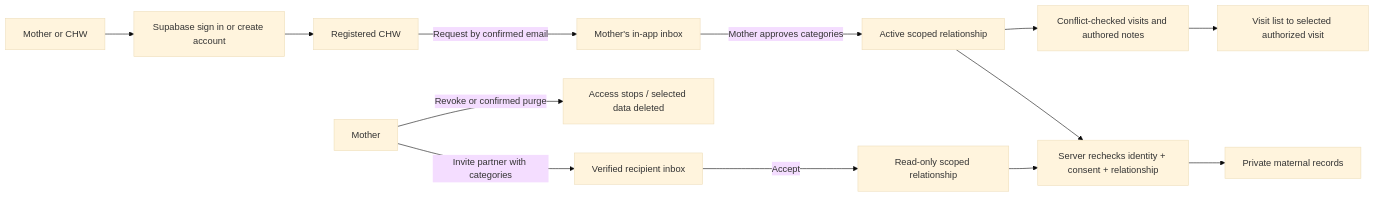
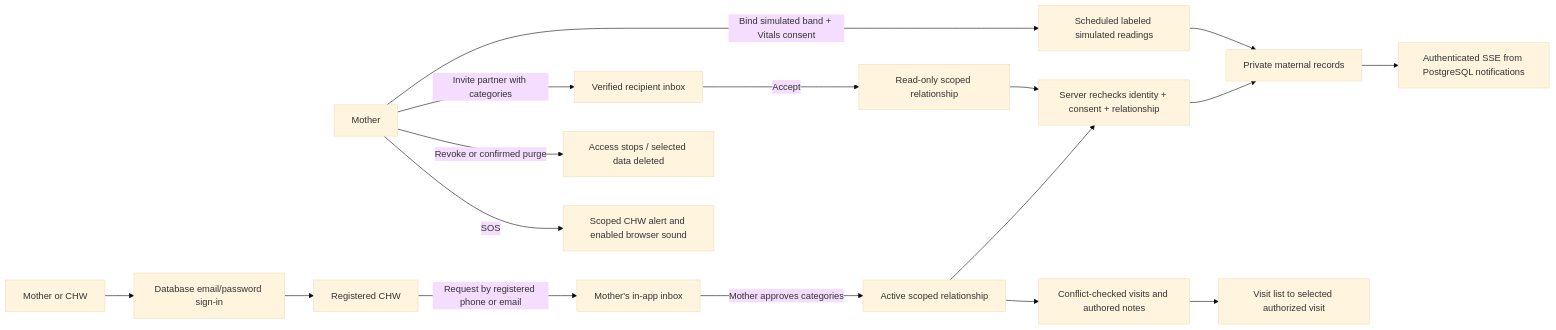
One commit to imranshiundu/afyanine changed the diagram in docs/care-team.md. Above: the diagram before and after it, drawn with Mermaid (base theme). The commit also changed other lines of this file and 31 other files, not shown here.

First line of the commit message:
feat: connect password accounts with live care alerts and bound-band simulation

````diff
--- a/docs/care-team.md
+++ b/docs/care-team.md
@@ -87,15 +92,19 @@
 ```mermaid
 flowchart LR
-  Entry[Mother or CHW] --> Auth[Supabase sign in or create account]
+  Entry[Mother or CHW] --> Auth[Database email/password sign-in]
   Auth --> CHW[Registered CHW]
-  CHW -->|Request by confirmed email| Inbox[Mother's in-app inbox]
+  CHW -->|Request by registered phone or email| Inbox[Mother's in-app inbox]
   Inbox -->|Mother approves categories| Grant[Active scoped relationship]
   Mother -->|Invite partner with categories| PartnerInbox[Verified recipient inbox]
   PartnerInbox -->|Accept| ReadOnly[Read-only scoped relationship]
   Grant --> Check[Server rechecks identity + consent + relationship]
   ReadOnly --> Check
   Check --> Records[Private maternal records]
   Grant --> Schedule[Conflict-checked visits and authored notes]
   Schedule --> Detail[Visit list to selected authorized visit]
   Mother -->|Revoke or confirmed purge| Deny[Access stops / selected data deleted]
+  Records --> Stream[Authenticated SSE from PostgreSQL notifications]
+  Mother -->|Bind simulated band + Vitals consent| Band[Scheduled labeled simulated readings]
+  Band --> Records
+  Mother -->|SOS| Alert[Scoped CHW alert and enabled browser sound]
 ```
````
